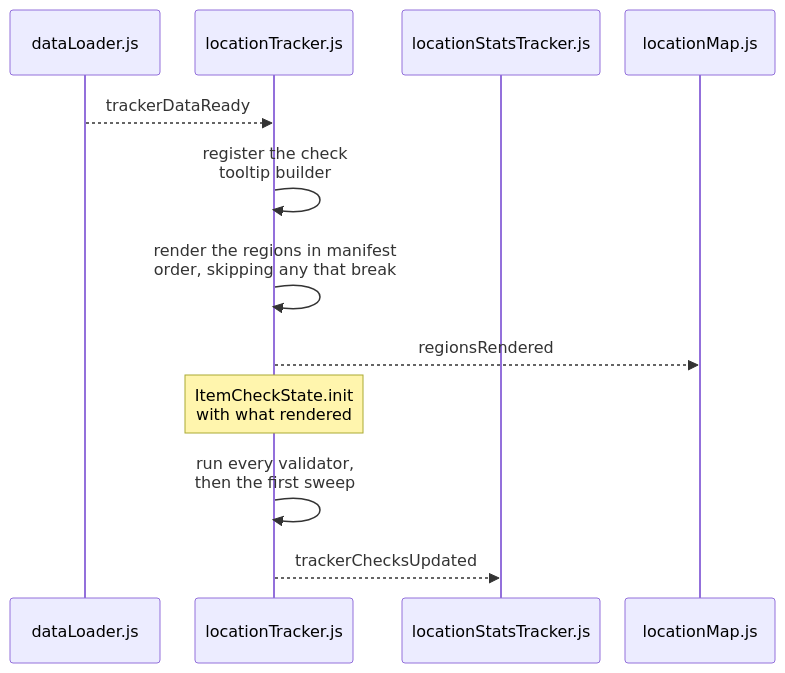
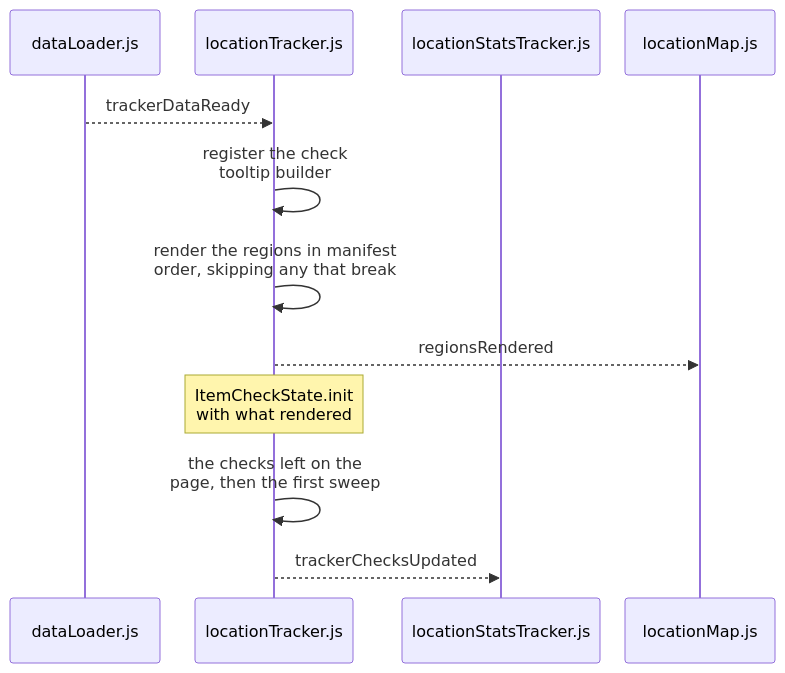
One commit to GonzaloJMora/mm3drTracker changed diagram 17 of 20 in documentation/architecture-diagram.md. Above: the diagram before and after it, drawn with Mermaid. The commit also changed other lines of this file and 18 other files, not shown here.

````diff
--- a/documentation/architecture-diagram.md
+++ b/documentation/architecture-diagram.md
@@ -465,16 +466,16 @@
 ```mermaid
 %%{init: {"sequence": {"actorMargin": 25}}}%%
 sequenceDiagram
     participant DL as dataLoader.js
     participant LT as locationTracker.js
     participant LST as locationStatsTracker.js
     participant LM as locationMap.js
 
     DL-->>LT: trackerDataReady
     LT->>LT: register the check<br/>tooltip builder
     LT->>LT: render the regions in manifest<br/>order, skipping any that break
     LT-->>LM: regionsRendered
     Note over LT: ItemCheckState.init<br/>with what rendered
-    LT->>LT: run every validator,<br/>then the first sweep
+    LT->>LT: the checks left on the<br/>page, then the first sweep
     LT-->>LST: trackerChecksUpdated
 ```
````
